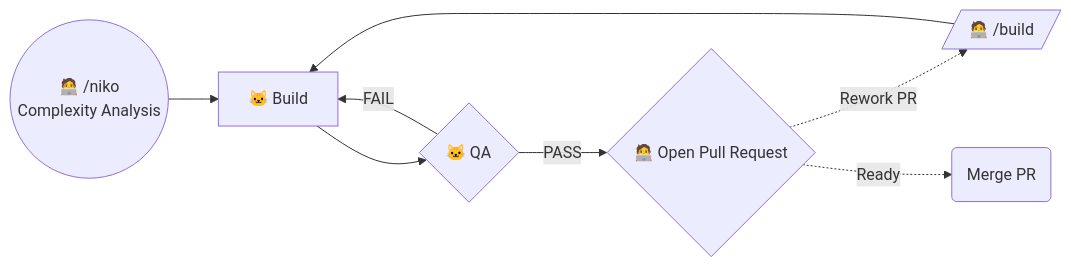
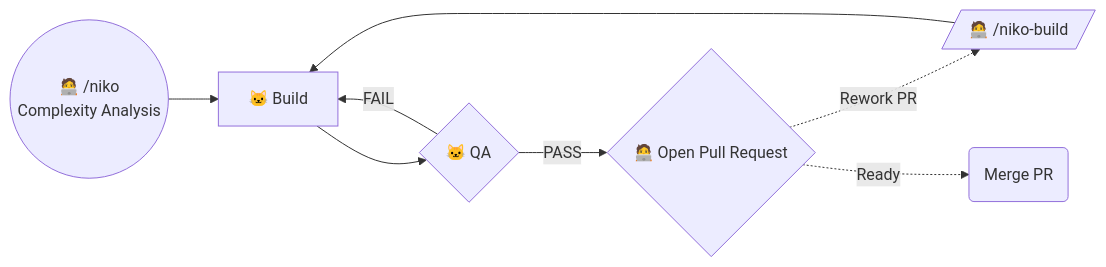
One commit to Texarkanine/.cursor-rules changed the second of 4 diagrams in rulesets/niko2/README.md. Above: the diagram before and after it, drawn with Mermaid. The commit also changed other lines of this file and 1 other file, not shown here.

````diff
--- a/rulesets/niko2/README.md
+++ b/rulesets/niko2/README.md
@@ -53,17 +100,17 @@
 ```mermaid
 graph LR
 	Start(("🧑‍💻 /niko<br>Complexity Analysis")) --> NikoBuild["🐱 Build"]
 	NikoBuild --> NikoQA{"🐱 QA"}
 	NikoQA -->|"FAIL"| NikoBuild
 
-	ManBuild[/"🧑‍💻 /build"/]
+	ManBuild[/"🧑‍💻 /niko-build"/]
 
 	PR{"🧑‍💻 Open Pull Request"}
 	PR -."Rework PR".-> ManBuild
 
 	NikoQA -->|"PASS"| PR
 	
 	ManBuild --> NikoBuild
 	PR -."Ready".-> MergePR("Merge PR")
 	
 ```
````
